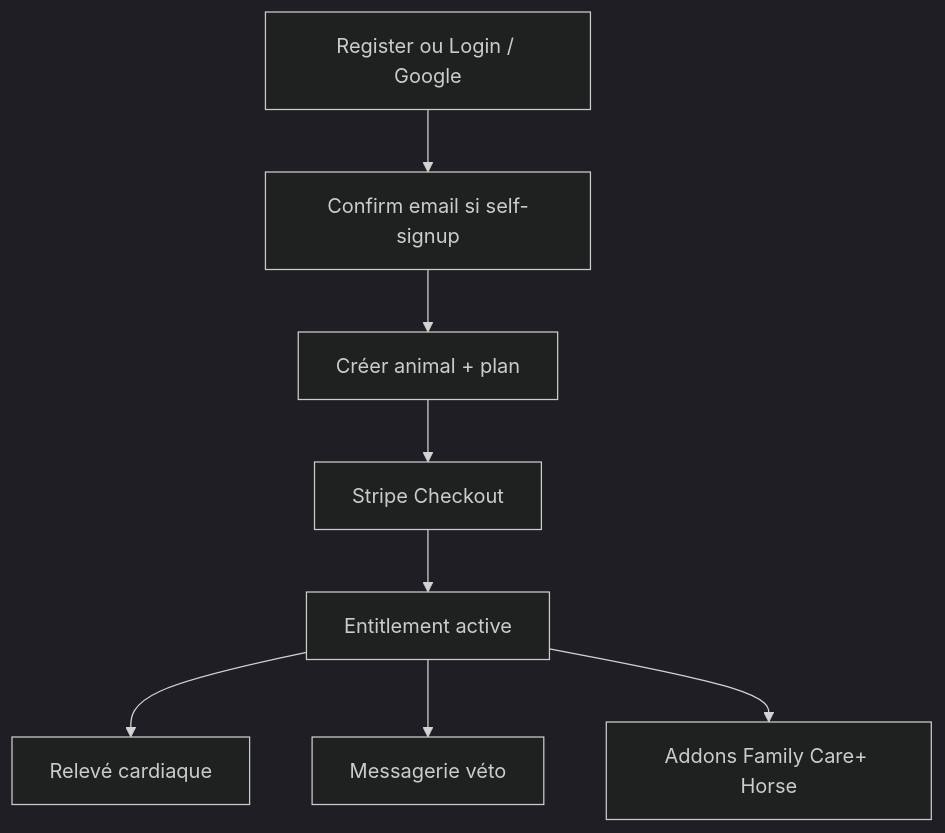
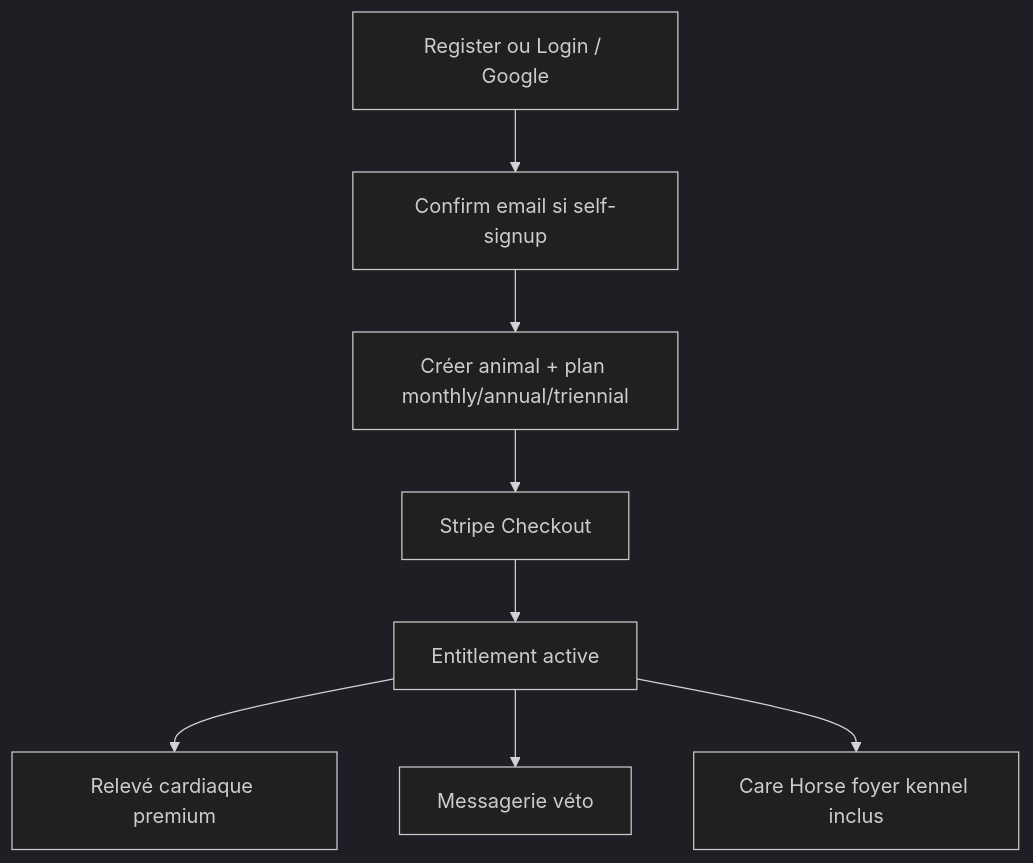
Before and after one commit to olegrand1976/petsFollow: the second of 4 diagrams in documentation/06-FLUX-UTILISATEURS.md, drawn with Mermaid (dark theme). The commit also changed other lines of this file and 109 other files, not shown here.

First line of the commit message:
feat(billing): plan mensuel 3,50 € et retrait des addons à la vente

````diff
--- a/documentation/06-FLUX-UTILISATEURS.md
+++ b/documentation/06-FLUX-UTILISATEURS.md
@@ -30,10 +30,10 @@
 ```mermaid
 flowchart TD
   Reg[Register ou Login / Google] --> Confirm[Confirm email si self-signup]
-  Confirm --> Pets[Créer animal + plan]
+  Confirm --> Pets[Créer animal + plan monthly/annual/triennial]
   Pets --> Pay[Stripe Checkout]
   Pay --> Active[Entitlement active]
-  Active --> HR[Relevé cardiaque]
+  Active --> HR[Relevé cardiaque premium]
   Active --> Thread[Messagerie véto]
-  Active --> Addons[Addons Family Care+ Horse]
+  Active --> Care[Care Horse foyer kennel inclus]
 ```
````
